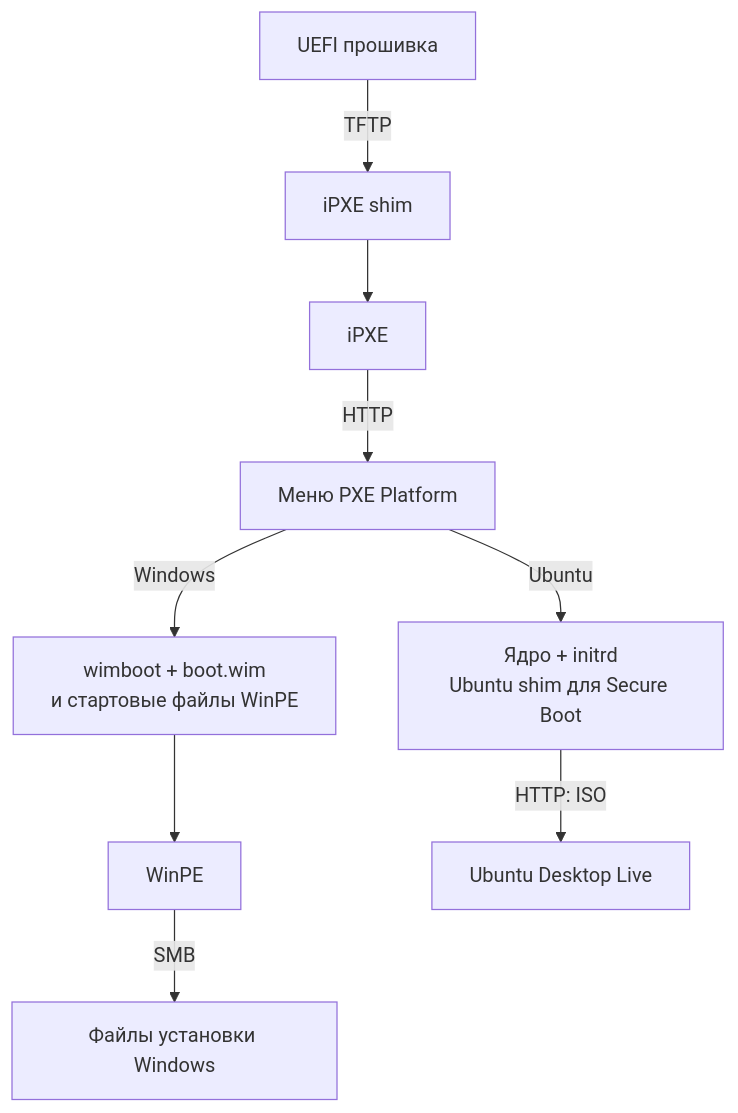
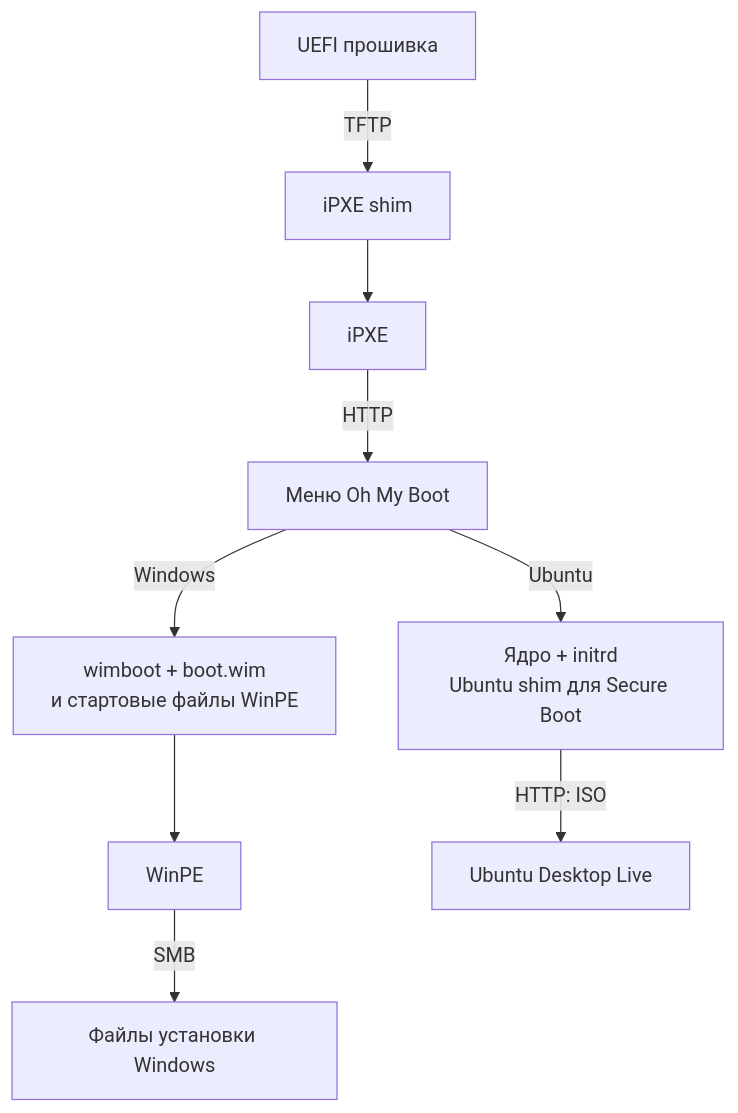
The second of 4 diagrams in docs/secure-boot-boot-paths.md (f0nwa/oh-my-boot_), drawn with Mermaid before and after one commit. The commit also changed other lines of this file and 11 other files, not shown here.

````diff
--- a/docs/secure-boot-boot-paths.md
+++ b/docs/secure-boot-boot-paths.md
@@ -30,11 +30,11 @@
 ```mermaid
 flowchart TD
     U[UEFI прошивка] -->|TFTP| S[iPXE shim]
     S --> I[iPXE]
-    I -->|HTTP| M[Меню PXE Platform]
+    I -->|HTTP| M[Меню Oh My Boot]
     M -->|Windows| W[wimboot + boot.wim<br/>и стартовые файлы WinPE]
     W --> P[WinPE]
     P -->|SMB| WS[Файлы установки Windows]
     M -->|Ubuntu| K[Ядро + initrd<br/>Ubuntu shim для Secure Boot]
     K -->|HTTP: ISO| UL[Ubuntu Desktop Live]
 ```
````
